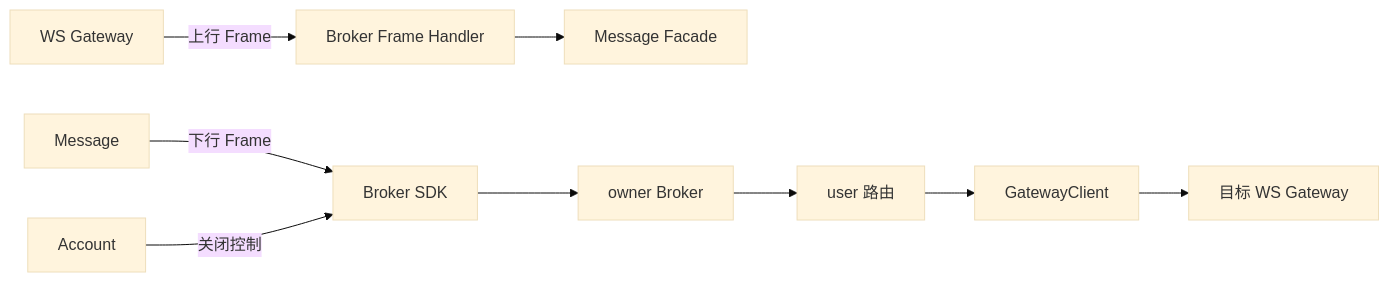
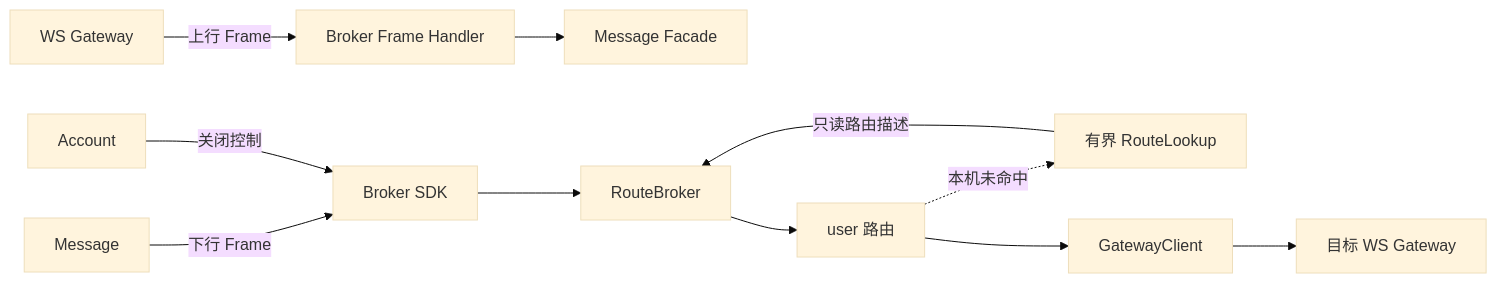
One commit to kc-co9/im-chat changed diagram 14 of 15 in im-broker/ARCHITECTURE.md. Above: the diagram before and after it, drawn with Mermaid (base theme). The commit also changed other lines of this file and 919 other files, not shown here.

````diff
--- a/im-broker/ARCHITECTURE.md
+++ b/im-broker/ARCHITECTURE.md
@@ -69,11 +762,13 @@
 ```mermaid
 flowchart LR
     Ws[WS Gateway] -->|上行 Frame| Frame[Broker Frame Handler]
     Frame --> MessageFacade[Message Facade]
     Message[Message] -->|下行 Frame| BrokerSdk[Broker SDK]
     Account[Account] -->|关闭控制| BrokerSdk
-    BrokerSdk --> Owner[owner Broker]
+    BrokerSdk --> Owner[RouteBroker]
     Owner --> Route[user 路由]
+    Route -.本机未命中.-> Lookup[有界 RouteLookup]
+    Lookup -->|只读路由描述| Owner
     Route --> GatewayClient
     GatewayClient --> Target[目标 WS Gateway]
 ```
````
